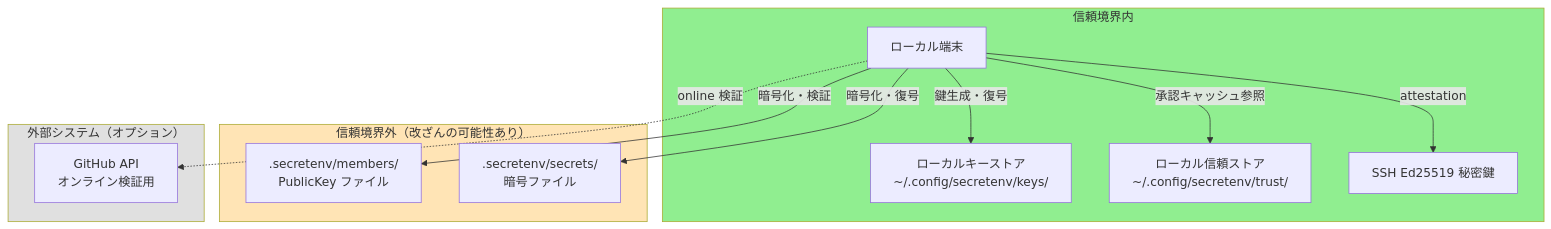
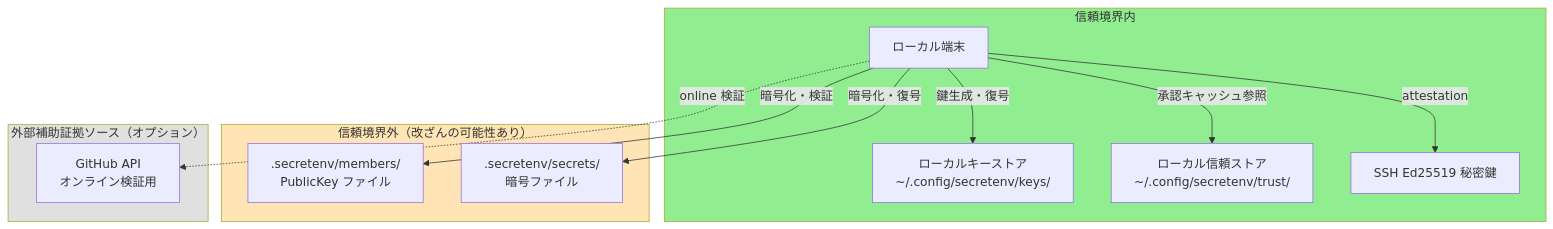
One commit to ebisawa/kapsaro changed the first of 6 diagrams in guides/security_design_ja.md. Above: the diagram before and after it, drawn with Mermaid. The commit also changed other lines of this file and 3 other files, not shown here.

````diff
--- a/guides/security_design_ja.md
+++ b/guides/security_design_ja.md
@@ -113,29 +159,29 @@
 ```mermaid
 graph TB
     subgraph trusted["信頼境界内"]
         LocalTerminal[ローカル端末]
         LocalKeystore["ローカルキーストア<br/>~/.config/secretenv/keys/"]
         LocalTrustStore["ローカル信頼ストア<br/>~/.config/secretenv/trust/"]
         SSHKey[SSH Ed25519 秘密鍵]
     end
 
     subgraph untrusted["信頼境界外（改ざんの可能性あり）"]
         MembersDir[".secretenv/members/<br/>PublicKey ファイル"]
         SecretsDir[".secretenv/secrets/<br/>暗号ファイル"]
     end
 
-    subgraph external["外部システム（オプション）"]
+    subgraph external["外部補助証拠ソース（オプション）"]
         GitHub["GitHub API<br/>オンライン検証用"]
     end
 
     LocalTerminal -->|鍵生成・復号| LocalKeystore
     LocalTerminal -->|承認キャッシュ参照| LocalTrustStore
     LocalTerminal -->|attestation| SSHKey
     LocalTerminal -->|暗号化・検証| MembersDir
     LocalTerminal -->|暗号化・復号| SecretsDir
     LocalTerminal -.->|online 検証| GitHub
 
     style trusted fill:#90EE90
     style untrusted fill:#FFE4B5
     style external fill:#E0E0E0
 ```
````
